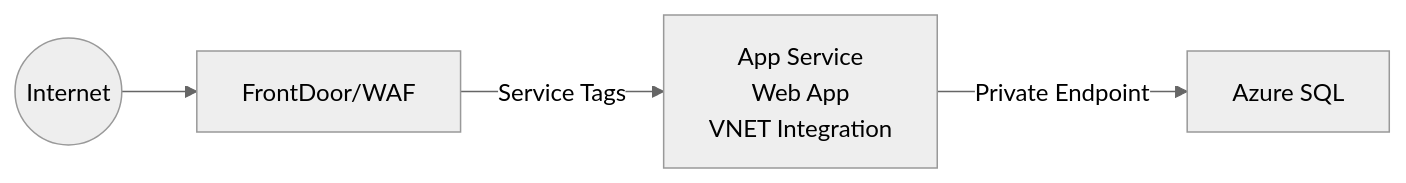
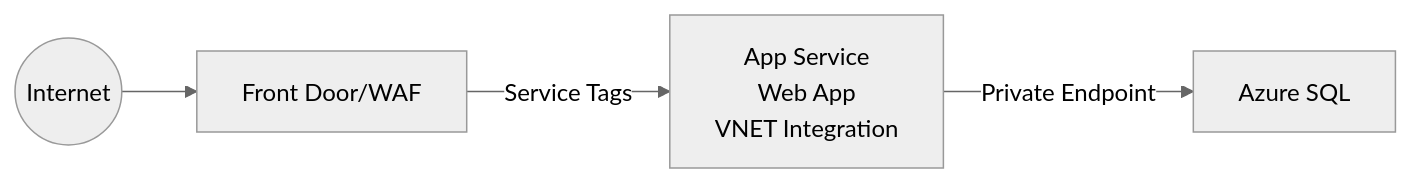
One commit to msalemor/app-services-networking changed the fourth of 6 diagrams in README.md. Above: the diagram before and after it, drawn with Mermaid (neutral theme). The commit also changed other lines of this file, not shown here.

````diff
--- a/README.md
+++ b/README.md
@@ -74,6 +74,6 @@
 ```mermaid
 graph LR;
-    A((Internet))-->B[FrontDoor/WAF];
+    A((Internet))-->B[Front Door/WAF];
     B-- Service Tags -->C[App Service<br/>Web App<br/>VNET Integration];
     C-- Private Endpoint-->D[Azure SQL];   
 ```
````
